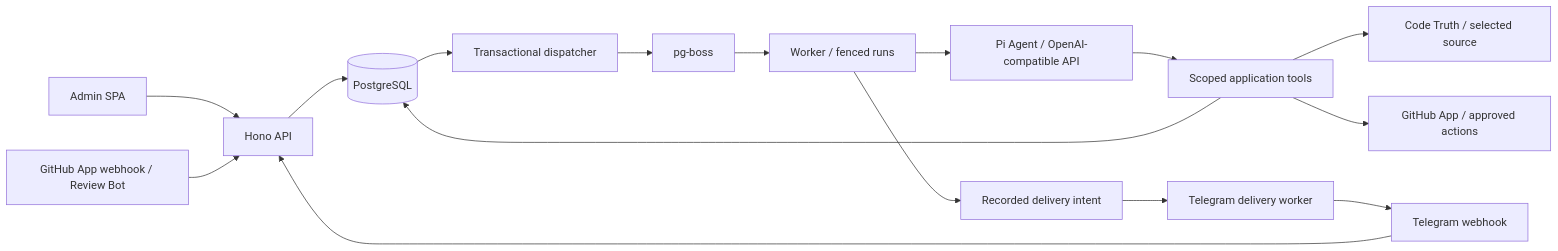
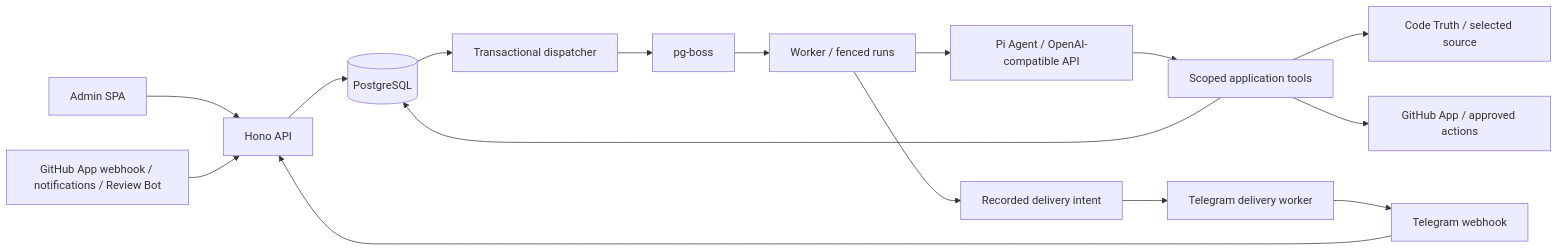
Before and after one commit to stonega/repodesk: the diagram in docs/design/architecture.md, drawn with Mermaid. The commit also changed 71 other files, not shown here.

Commit message:
Add GitHub and plugin notification subscriptions

````diff
--- a/docs/design/architecture.md
+++ b/docs/design/architecture.md
@@ -100,18 +100,18 @@
 ```mermaid
 flowchart LR
   Web[Admin SPA] --> API[Hono API]
   TG[Telegram webhook] --> API
-  GHW[GitHub App webhook / Review Bot] --> API
+  GHW[GitHub App webhook / notifications / Review Bot] --> API
   API --> DB[(PostgreSQL)]
   DB --> Outbox[Transactional dispatcher]
   Outbox --> Jobs[pg-boss]
   Jobs --> Worker[Worker / fenced runs]
   Worker --> Pi[Pi Agent / OpenAI-compatible API]
   Pi --> Tools[Scoped application tools]
   Tools --> DB
   Tools --> CT[Code Truth / selected source]
   Tools --> GH[GitHub App / approved actions]
   Worker --> Intent[Recorded delivery intent]
   Intent --> Send[Telegram delivery worker]
   Send --> TG
 ```
````
